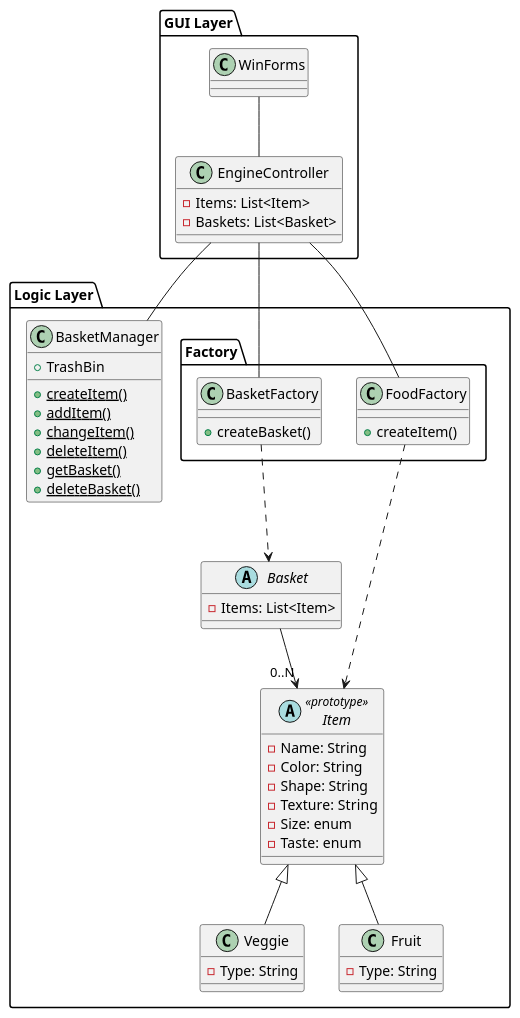
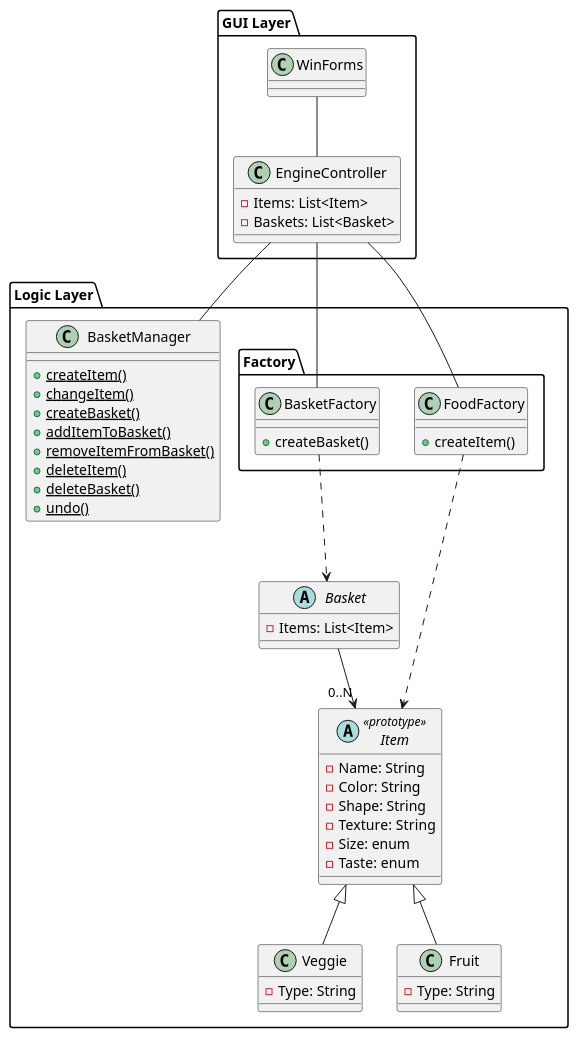
One commit to abenezerangelos/wsu-cpts321-Final changed the diagram in FinalExamProject/Design_Documents/CharlesNorden-ClassDiagram.wsd. Above: the diagram before and after it, drawn with PlantUML.

Commit message:
Added features to the class BasketManager

```diff
--- a/FinalExamProject/Design_Documents/CharlesNorden-ClassDiagram.wsd
+++ b/FinalExamProject/Design_Documents/CharlesNorden-ClassDiagram.wsd
@@ -1,64 +1,65 @@
 @startuml "Final Exam Project"
 
 package "GUI Layer" {
     class EngineController {
         -Items: List<Item>
         -Baskets: List<Basket>
     }
 
     WinForms -- EngineController
 }
 
 package "Logic Layer" {
     class BasketManager {
-        +TrashBin
         {static} +createItem()
-        {static} +addItem()
         {static} +changeItem()
+        {static} +createBasket()
+        {static} +addItemToBasket()
+        {static} +removeItemFromBasket()
         {static} +deleteItem()
-        {static} +getBasket()
         {static} +deleteBasket()
+        {static} +undo()
     }
 
     abstract class Item << prototype >> {
         -Name: String
         -Color: String
         -Shape: String
         -Texture: String
         -Size: enum
         -Taste: enum
     }
 
     class Veggie extends Item {
         -Type: String
     }
 
     class Fruit extends Item {
         -Type: String
     }
 
     abstract class Basket {
         -Items: List<Item>
     }
 
     package Factory {
         class BasketFactory {
             +createBasket()
         }
 
         class FoodFactory {
             +createItem()
         }
 
         BasketFactory ..> Basket
         FoodFactory ..> Item
 
         EngineController -- BasketManager
         EngineController -- BasketFactory
         EngineController -- FoodFactory
 
         Basket --> "0..N" Item
     }
 }
 
 @enduml
```
